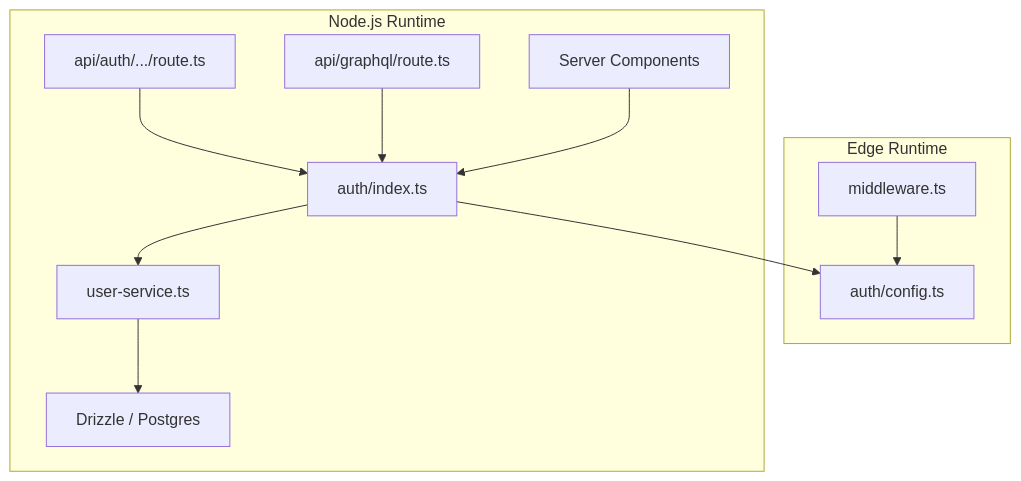
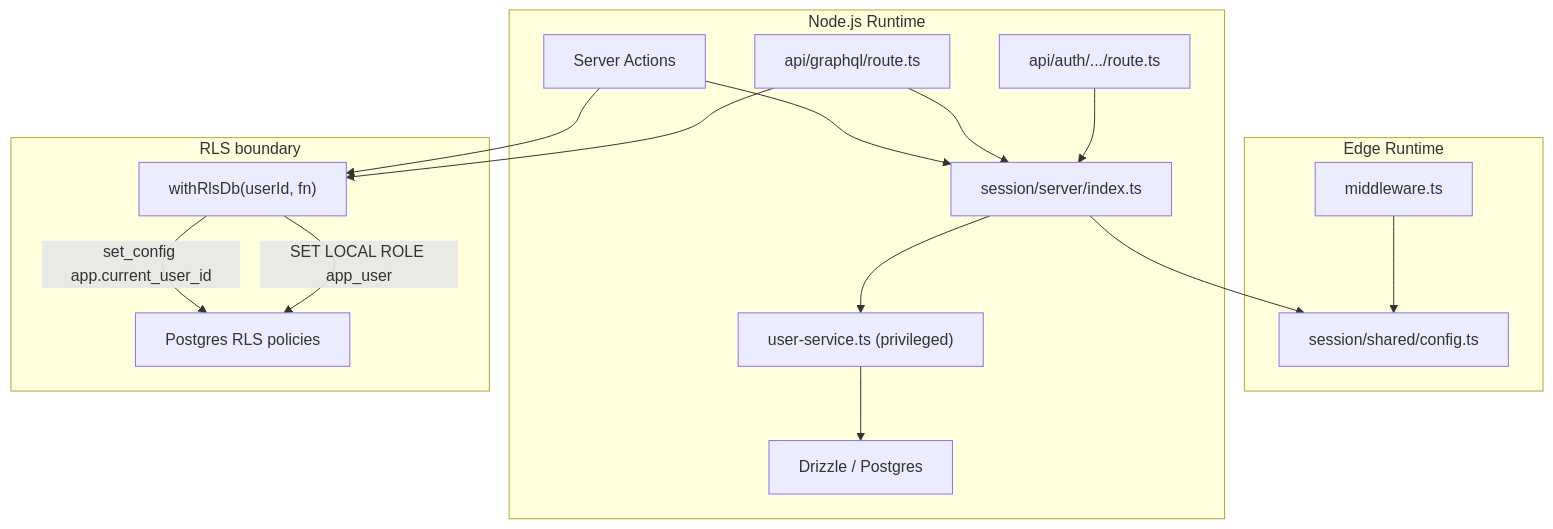
Before and after one commit to romainj-dev/apply-mate: the diagram in docs/auth-session-access.md, drawn with Mermaid. The commit also changed other lines of this file and 16 other files, not shown here.

Commit message:
chore: enforce RLS + uniformize queries and actions

````diff
--- a/docs/auth-session-access.md
+++ b/docs/auth-session-access.md
@@ -14,15 +21,23 @@
 ```mermaid
 flowchart TB
   subgraph edge ["Edge Runtime"]
-    MW["middleware.ts"] --> AuthConfig["auth/config.ts"]
+    MW["middleware.ts"] --> AuthConfig["session/shared/config.ts"]
   end
 
   subgraph node ["Node.js Runtime"]
-    AuthFull["auth/index.ts"] --> AuthConfig
-    AuthFull --> UserService["user-service.ts"]
+    AuthFull["session/server/index.ts"] --> AuthConfig
+    AuthFull --> UserService["user-service.ts (privileged)"]
     UserService --> DB["Drizzle / Postgres"]
     APIAuth["api/auth/.../route.ts"] --> AuthFull
     GQL["api/graphql/route.ts"] --> AuthFull
-    ServerComponents["Server Components"] --> AuthFull
+    ServerActions["Server Actions"] --> AuthFull
+  end
+
+  subgraph rls ["RLS boundary"]
+    withRlsDb["withRlsDb(userId, fn)"]
+    withRlsDb -->|SET LOCAL ROLE app_user| RLS["Postgres RLS policies"]
+    withRlsDb -->|set_config app.current_user_id| RLS
+    GQL --> withRlsDb
+    ServerActions --> withRlsDb
   end
 ```
````
